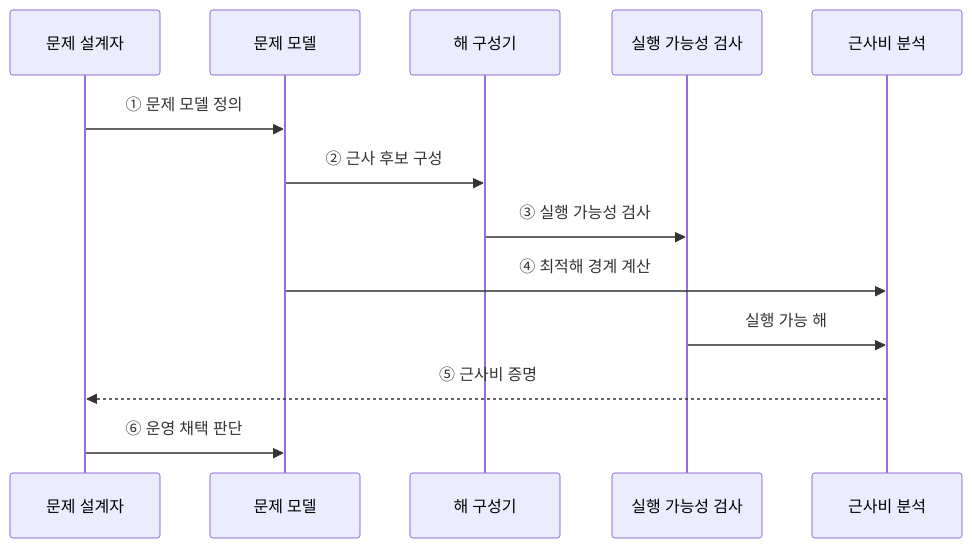
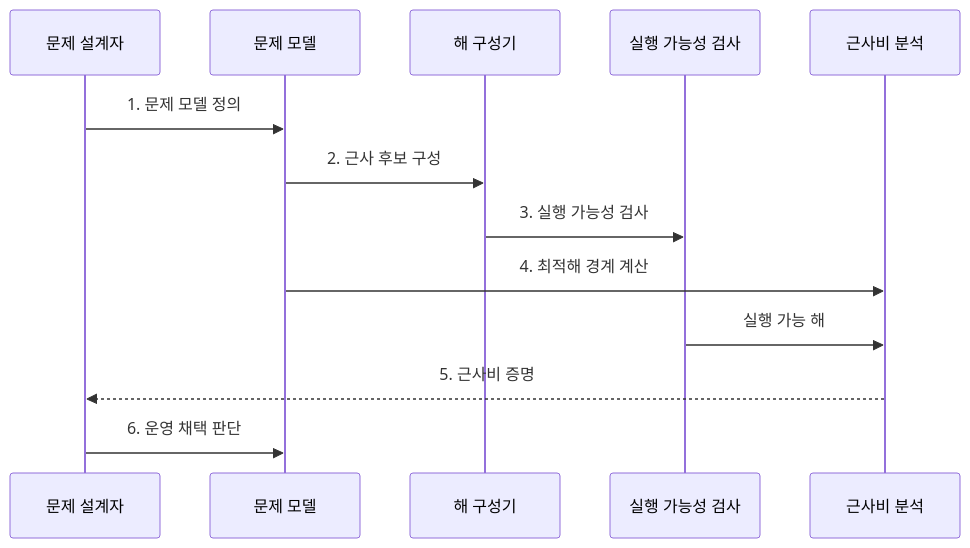
The second of 2 diagrams in src/content/docs/notes/01-basic-theory/060_approximation_algo.md (agnusdei1207/knowledge-base), drawn with Mermaid before and after one commit. The commit also changed other lines of this file and 20 other files, not shown here.

````diff
--- a/src/content/docs/notes/01-basic-theory/060_approximation_algo.md
+++ b/src/content/docs/notes/01-basic-theory/060_approximation_algo.md
@@ -73,15 +82,15 @@
 ```mermaid
 sequenceDiagram
     participant D as 문제 설계자
     participant M as 문제 모델
     participant C as 해 구성기
     participant V as 실행 가능성 검사
     participant B as 근사비 분석
-    D->>M: ① 문제 모델 정의
-    M->>C: ② 근사 후보 구성
-    C->>V: ③ 실행 가능성 검사
-    M->>B: ④ 최적해 경계 계산
+    D->>M: 1. 문제 모델 정의
+    M->>C: 2. 근사 후보 구성
+    C->>V: 3. 실행 가능성 검사
+    M->>B: 4. 최적해 경계 계산
     V->>B: 실행 가능 해
-    B-->>D: ⑤ 근사비 증명
-    D->>M: ⑥ 운영 채택 판단
+    B-->>D: 5. 근사비 증명
+    D->>M: 6. 운영 채택 판단
 ```
````
